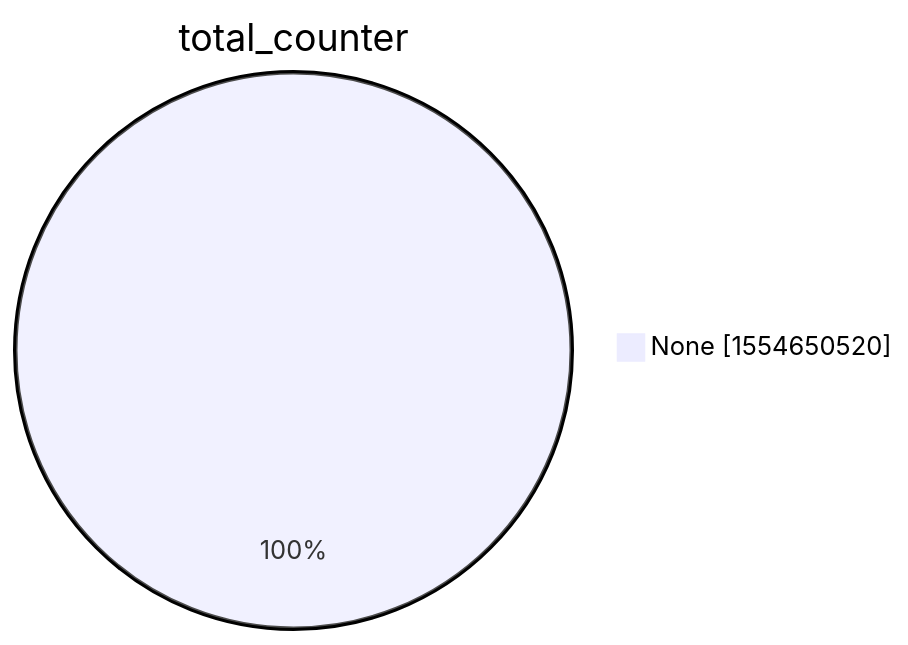
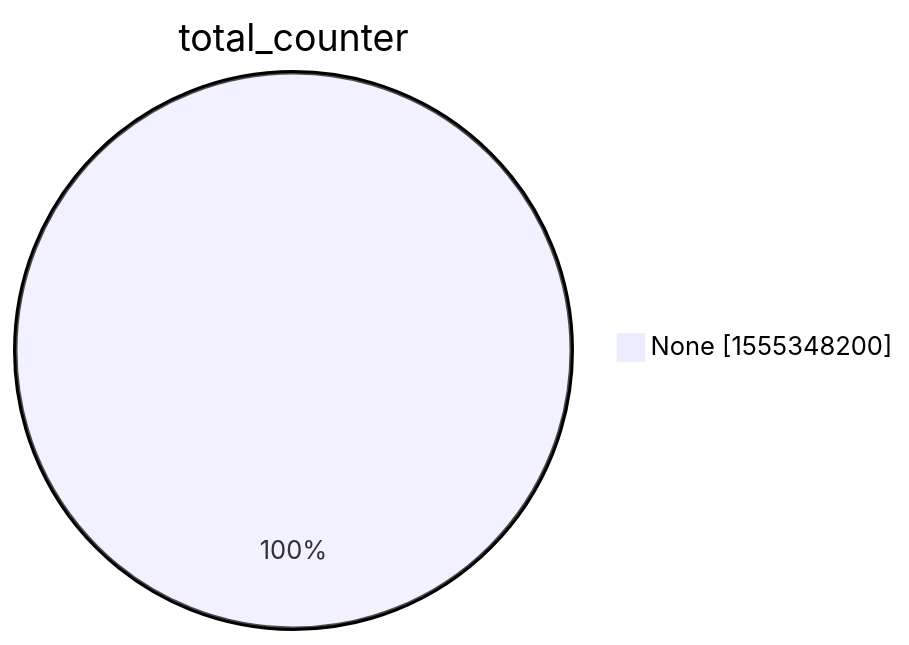
One commit to christiankrug/ctmonitor_visualization changed the second of 15 diagrams in xenon2022/README.md. Above: the diagram before and after it, drawn with Mermaid. The commit also changed other lines of this file, not shown here.

````diff
--- a/xenon2022/README.md
+++ b/xenon2022/README.md
@@ -9,5 +9,5 @@
 ```mermaid
 pie showData
 title total_counter
-"None" :1554650520
+"None" :1555348200
 ```
````
